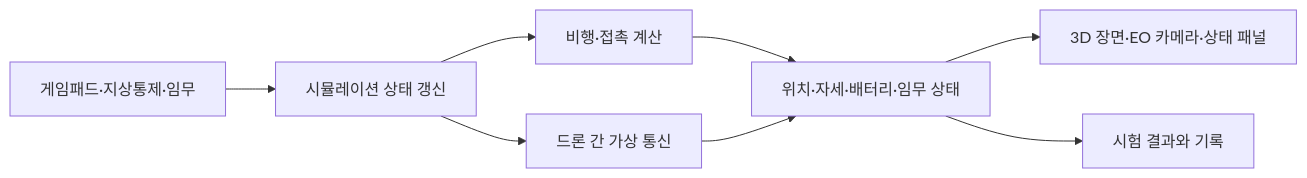
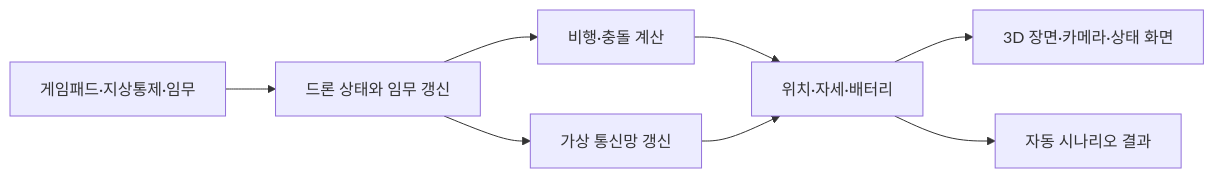
One commit to cgantro/DroneSim changed the diagram in docs/public/기술구조.md. Above: the diagram before and after it, drawn with Mermaid. The commit also changed other lines of this file and 5 other files, not shown here.

````diff
--- a/docs/public/기술구조.md
+++ b/docs/public/기술구조.md
@@ -9,10 +9,10 @@
 ```mermaid
 flowchart LR
-    Input[게임패드·지상통제·임무] --> Core[시뮬레이션 상태 갱신]
-    Core --> Physics[비행·접촉 계산]
-    Core --> Network[드론 간 가상 통신]
-    Physics --> State[위치·자세·배터리·임무 상태]
+    Input[게임패드·지상통제·임무] --> Core[드론 상태와 임무 갱신]
+    Core --> Physics[비행·충돌 계산]
+    Core --> Network[가상 통신망 갱신]
+    Physics --> State[위치·자세·배터리]
     Network --> State
-    State --> Render[3D 장면·EO 카메라·상태 패널]
-    State --> Result[시험 결과와 기록]
+    State --> View[3D 장면·카메라·상태 화면]
+    State --> Tests[자동 시나리오 결과]
 ```
````
